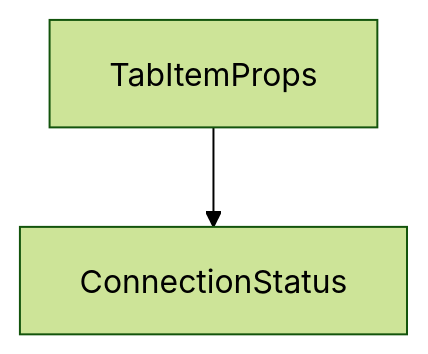
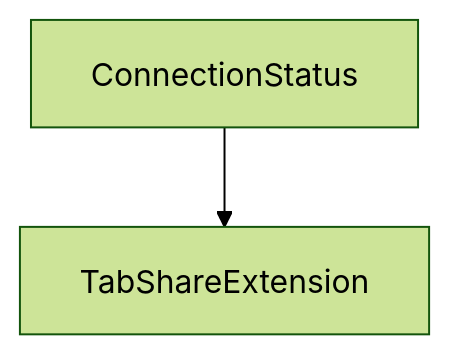
One commit to johnxie/awesome-code-docs changed the diagram in tutorials/playwright-mcp-tutorial/08-troubleshooting-security-and-contribution.md. Above: the diagram before and after it, drawn with Mermaid (forest theme). The commit also changed other lines of this file and 104 other files, not shown here.

````diff
--- a/tutorials/playwright-mcp-tutorial/08-troubleshooting-security-and-contribution.md
+++ b/tutorials/playwright-mcp-tutorial/08-troubleshooting-security-and-contribution.md
@@ -135,6 +134,6 @@
 ```mermaid
 flowchart TD
-    A[TabItemProps]
-    B[ConnectionStatus]
+    A[ConnectionStatus]
+    B[TabShareExtension]
     A --> B
 ```
````
